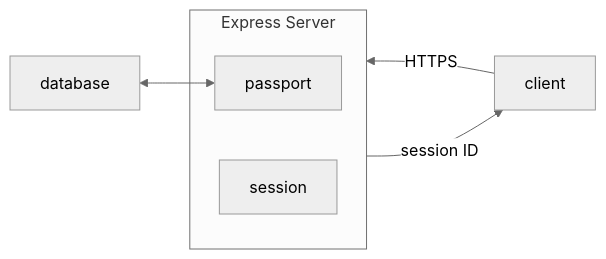
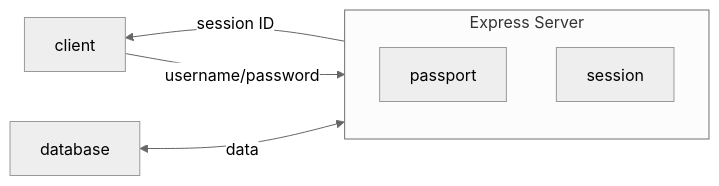
The second of 3 diagrams in README.md (ernestviola/members-only), drawn with Mermaid (neutral theme) before and after one commit. The commit also changed 3 other files, not shown here.

````diff
--- a/README.md
+++ b/README.md
@@ -36,17 +36,18 @@
 ```mermaid
 flowchart RL
   client
   express[Express Server]
   passport
   session
   database
 
   subgraph express[Express Server]
     passport
     session
   end
 
-  client -->|HTTPS| express
+
   express -->|session ID| client
-  passport <--> database
+  client -->|username/password| express
+  express <-->|data| database
 ```
````
